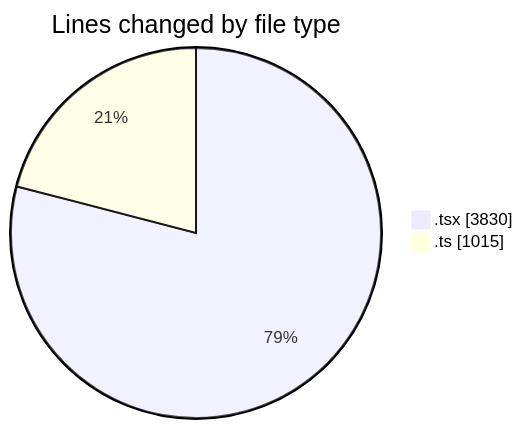
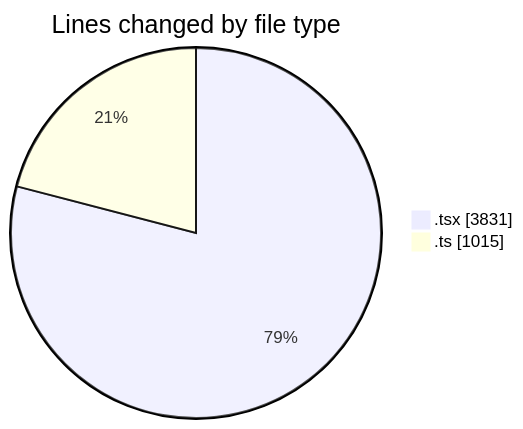
Before and after one commit to momahboobian/code-tracking: the first of 2 diagrams in 2025-07-02/cda/README.md, drawn with Mermaid. The commit also changed other lines of this file and 1 other file, not shown here.

````diff
--- a/2025-07-02/cda/README.md
+++ b/2025-07-02/cda/README.md
@@ -32,6 +32,6 @@
 ```mermaid
 pie showData
 title Lines changed by file type
-".tsx" : 3830
+".tsx" : 3831
 ".ts" : 1015
 ```
````
